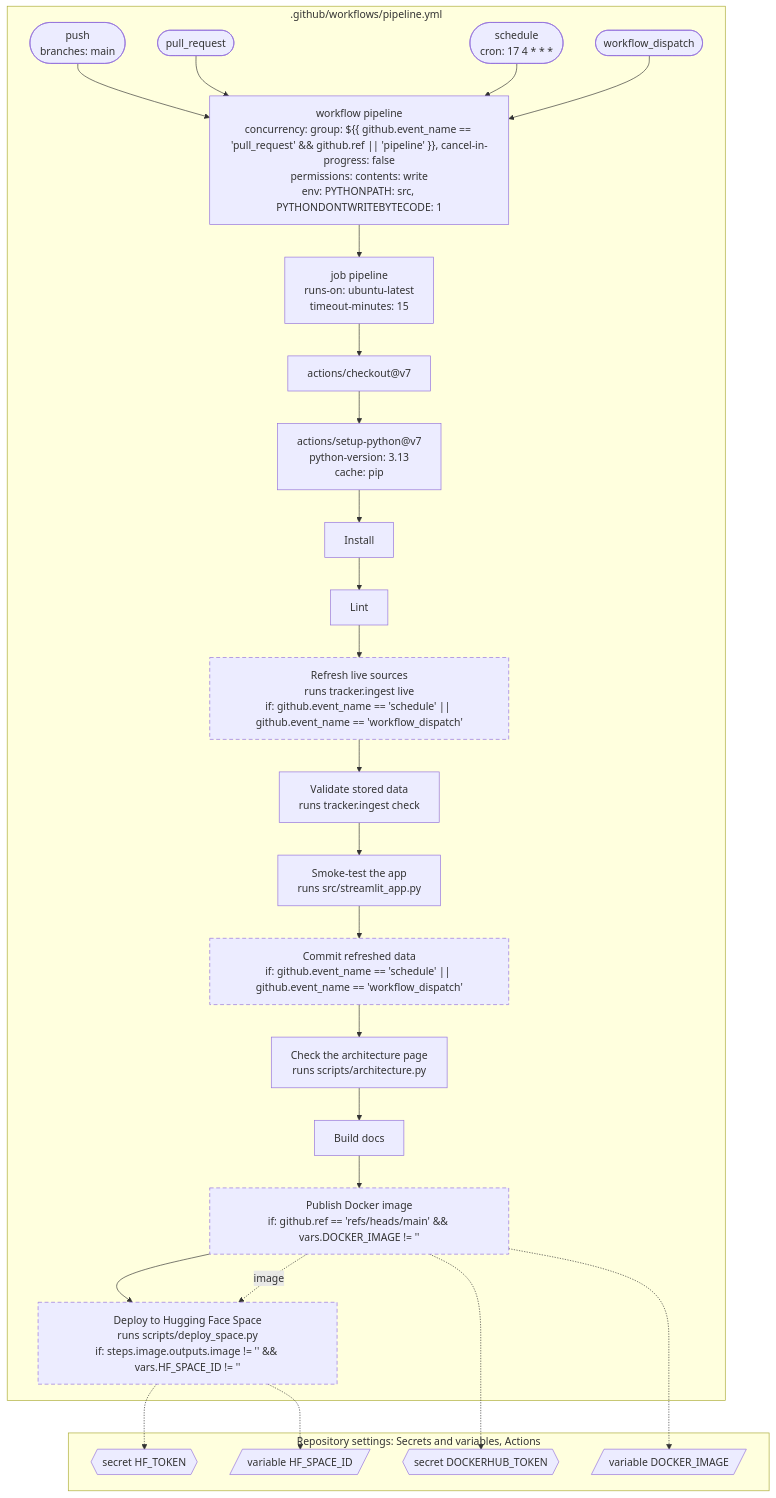
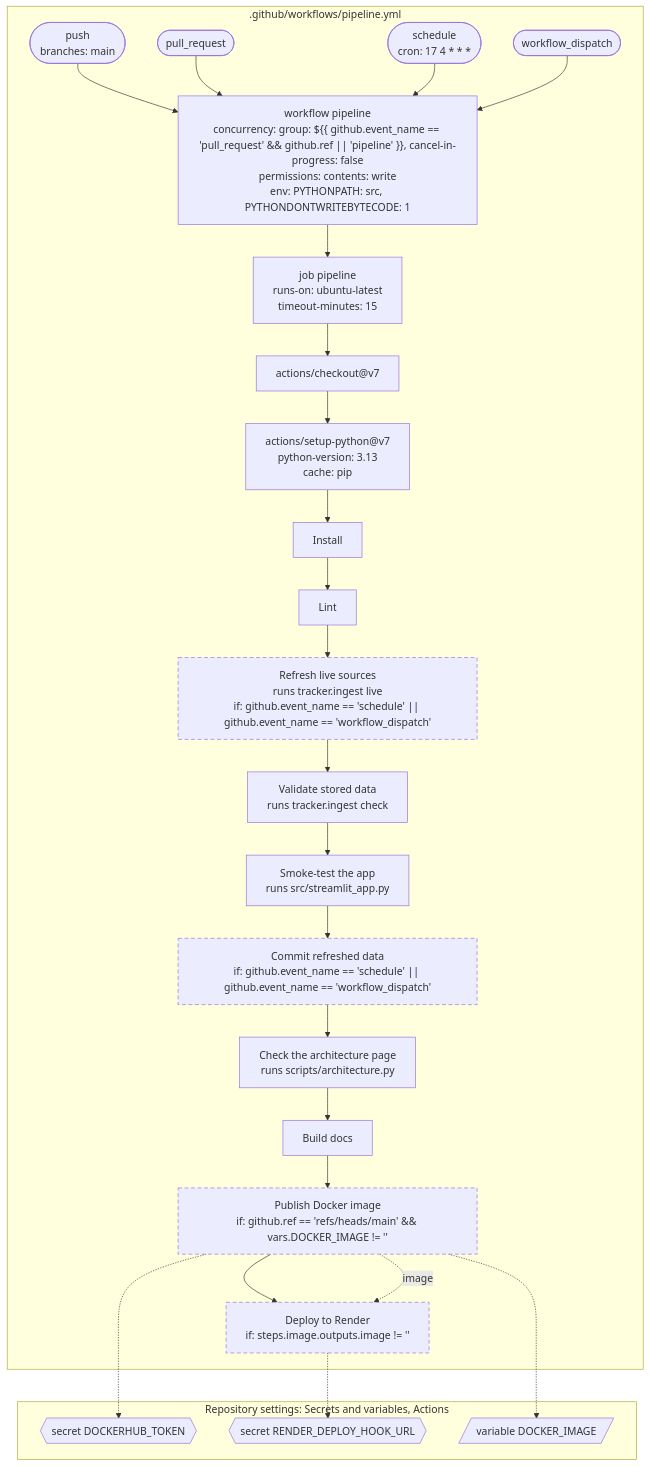
The second of 3 diagrams in docs/architecture.md (tryph0n/hybrid-tracker), drawn with Mermaid before and after one commit. The commit also changed other lines of this file and 4 other files, not shown here.

First line of the commit message:
ci(pipeline): deploy the published image to Render

````diff
--- a/docs/architecture.md
+++ b/docs/architecture.md
@@ -58,55 +58,53 @@
 ```mermaid
 ---
 config: {"flowchart": {"wrappingWidth": 400}}
 ---
 flowchart TB
   classDef conditional stroke-dasharray: 6 4
   subgraph workflow_pipeline_yml_box[".github/workflows/pipeline.yml"]
     on_pipeline_yml_push(["push<br/>branches: main"])
     on_pipeline_yml_push --> workflow_pipeline_yml
     on_pipeline_yml_pull_request(["pull_request"])
     on_pipeline_yml_pull_request --> workflow_pipeline_yml
     on_pipeline_yml_schedule(["schedule<br/>cron: 17 4 * * *"])
     on_pipeline_yml_schedule --> workflow_pipeline_yml
     on_pipeline_yml_workflow_dispatch(["workflow_dispatch"])
     on_pipeline_yml_workflow_dispatch --> workflow_pipeline_yml
     workflow_pipeline_yml["workflow pipeline<br/>concurrency: group: ${{ github.event_name == 'pull_request' #amp;#amp; github.ref || 'pipeline' }}, cancel-in-progress: false<br/>permissions: contents: write<br/>env: PYTHONPATH: src, PYTHONDONTWRITEBYTECODE: 1"]
     job_pipeline_yml_pipeline["job pipeline<br/>runs-on: ubuntu-latest<br/>timeout-minutes: 15"]
     workflow_pipeline_yml --> job_pipeline_yml_pipeline
     step_actions_checkout_v7["actions/checkout@v7"]
     job_pipeline_yml_pipeline --> step_actions_checkout_v7
     step_actions_setup_python_v7["actions/setup-python@v7<br/>python-version: 3.13<br/>cache: pip"]
     step_actions_checkout_v7 --> step_actions_setup_python_v7
     step_Install["Install"]
     step_actions_setup_python_v7 --> step_Install
     step_Lint["Lint"]
     step_Install --> step_Lint
     step_Refresh_live_sources["Refresh live sources<br/>runs tracker.ingest live<br/>if: github.event_name == 'schedule' || github.event_name == 'workflow_dispatch'"]:::conditional
     step_Lint --> step_Refresh_live_sources
     step_Validate_stored_data["Validate stored data<br/>runs tracker.ingest check"]
     step_Refresh_live_sources --> step_Validate_stored_data
     step_Smoke_test_the_app["Smoke-test the app<br/>runs src/streamlit_app.py"]
     step_Validate_stored_data --> step_Smoke_test_the_app
     step_Commit_refreshed_data["Commit refreshed data<br/>if: github.event_name == 'schedule' || github.event_name == 'workflow_dispatch'"]:::conditional
     step_Smoke_test_the_app --> step_Commit_refreshed_data
     step_Check_the_architecture_page["Check the architecture page<br/>runs scripts/architecture.py"]
     step_Commit_refreshed_data --> step_Check_the_architecture_page
     step_Build_docs["Build docs"]
     step_Check_the_architecture_page --> step_Build_docs
     step_Publish_Docker_image["Publish Docker image<br/>if: github.ref == 'refs/heads/main' #amp;#amp; vars.DOCKER_IMAGE != ''"]:::conditional
     step_Build_docs --> step_Publish_Docker_image
-    step_Deploy_to_Hugging_Face_Space["Deploy to Hugging Face Space<br/>runs scripts/deploy_space.py<br/>if: steps.image.outputs.image != '' #amp;#amp; vars.HF_SPACE_ID != ''"]:::conditional
-    step_Publish_Docker_image --> step_Deploy_to_Hugging_Face_Space
+    step_Deploy_to_Render["Deploy to Render<br/>if: steps.image.outputs.image != ''"]:::conditional
+    step_Publish_Docker_image --> step_Deploy_to_Render
   end
-  step_Publish_Docker_image -.->|image| step_Deploy_to_Hugging_Face_Space
+  step_Publish_Docker_image -.->|image| step_Deploy_to_Render
   subgraph settings["Repository settings: Secrets and variables, Actions"]
     secrets_DOCKERHUB_TOKEN{{"secret DOCKERHUB_TOKEN"}}
-    secrets_HF_TOKEN{{"secret HF_TOKEN"}}
+    secrets_RENDER_DEPLOY_HOOK_URL{{"secret RENDER_DEPLOY_HOOK_URL"}}
     vars_DOCKER_IMAGE[/"variable DOCKER_IMAGE"/]
-    vars_HF_SPACE_ID[/"variable HF_SPACE_ID"/]
   end
   step_Publish_Docker_image -.-> secrets_DOCKERHUB_TOKEN
-  step_Deploy_to_Hugging_Face_Space -.-> secrets_HF_TOKEN
+  step_Deploy_to_Render -.-> secrets_RENDER_DEPLOY_HOOK_URL
   step_Publish_Docker_image -.-> vars_DOCKER_IMAGE
-  step_Deploy_to_Hugging_Face_Space -.-> vars_HF_SPACE_ID
 ```
````
